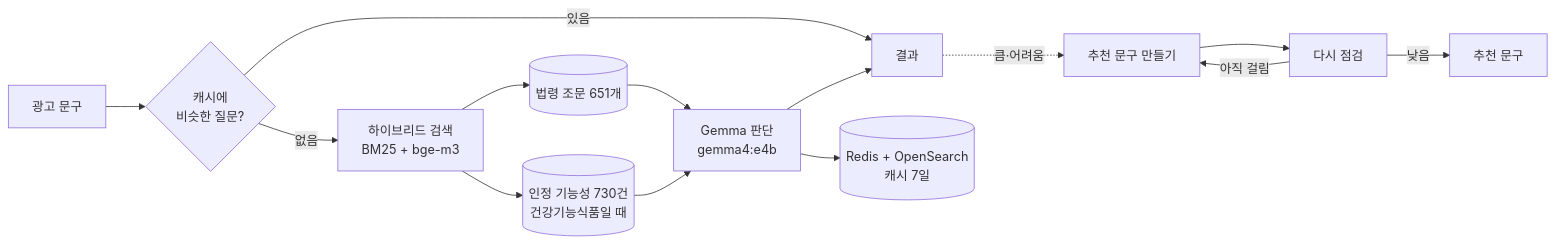
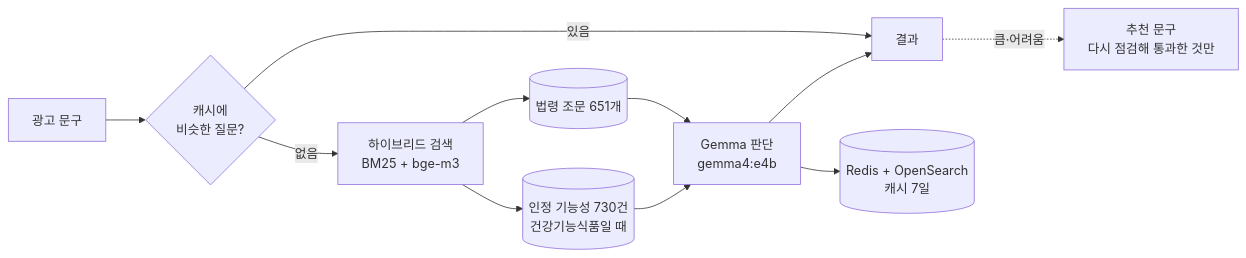
One commit to jynlee/food-ad-helper changed the diagram in README.md. Above: the diagram before and after it, drawn with Mermaid.

Commit message:
README 동작 흐름 단계 수정

````diff
--- a/README.md
+++ b/README.md
@@ -43,16 +43,13 @@
 ```mermaid
 flowchart LR
     A[광고 문구] --> B{캐시에<br>비슷한 질문?}
     B -- 있음 --> R[결과]
     B -- 없음 --> C[하이브리드 검색<br>BM25 + bge-m3]
     C --> D[(법령 조문 651개)]
     C --> E[(인정 기능성 730건<br>건강기능식품일 때)]
     D --> F[Gemma 판단<br>gemma4:e4b]
     E --> F
     F --> G[(Redis + OpenSearch<br>캐시 7일)]
     F --> R
-    R -. 큼·어려움 .-> S[추천 문구 만들기]
-    S --> T[다시 점검]
-    T -- 낮음 --> U[추천 문구]
-    T -- 아직 걸림 --> S
+    R -. 큼·어려움 .-> S[추천 문구<br>다시 점검해 통과한 것만]
 ```
````
